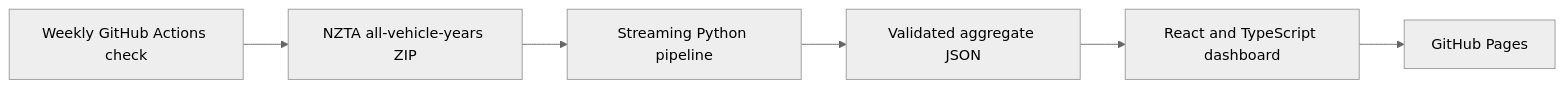
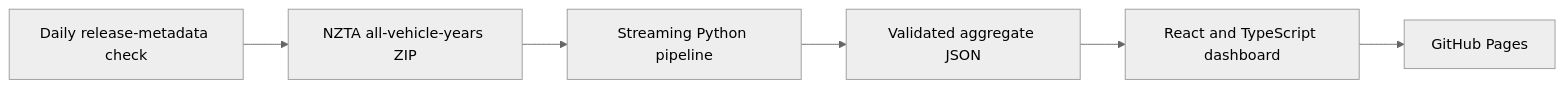
Before and after one commit to michaelocez/nz-vehicle-market-tracker: the diagram in README.md, drawn with Mermaid (neutral theme). The commit also changed other lines of this file and 40 other files, not shown here.

````diff
--- a/README.md
+++ b/README.md
@@ -29,8 +30,8 @@
 ```mermaid
 flowchart LR
     A["NZTA all-vehicle-years ZIP"] --> B["Streaming Python pipeline"]
     B --> C["Validated aggregate JSON"]
     C --> D["React and TypeScript dashboard"]
     D --> E["GitHub Pages"]
-    F["Weekly GitHub Actions check"] --> A
+    F["Daily release-metadata check"] --> A
 ```
````
